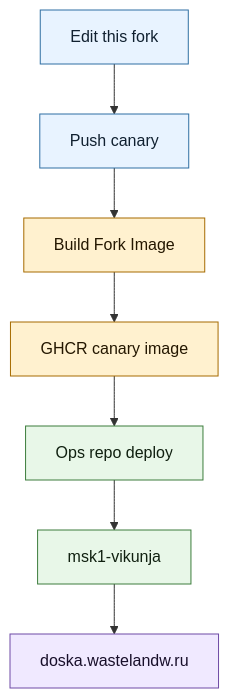
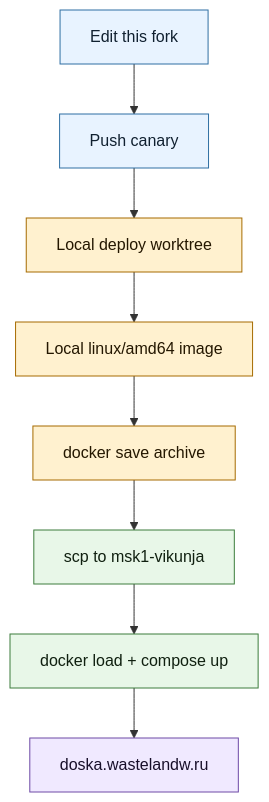
One commit to toeverything/AFFiNE changed the diagram in docs/fork-deploy.md. Above: the diagram before and after it, drawn with Mermaid. The commit also changed other lines of this file and 2 other files, not shown here.

Commit message:
fix: document local affine deploy

````diff
--- a/docs/fork-deploy.md
+++ b/docs/fork-deploy.md
@@ -11,19 +11,20 @@
 ```mermaid
 flowchart TD
     A[Edit this fork] --> B[Push canary]
-    B --> C[Build Fork Image]
-    C --> D[GHCR canary image]
-    D --> E[Ops repo deploy]
-    E --> F[msk1-vikunja]
-    F --> G[doska.wastelandw.ru]
+    B --> C[Local deploy worktree]
+    C --> D[Local linux/amd64 image]
+    D --> E[docker save archive]
+    E --> F[scp to msk1-vikunja]
+    F --> G[docker load + compose up]
+    G --> H[doska.wastelandw.ru]
 
     classDef source fill:#e8f3ff,stroke:#2f6fa3,color:#102030
     classDef ci fill:#fff1cf,stroke:#a66b00,color:#241700
     classDef runtime fill:#e8f7e8,stroke:#3c7d3c,color:#102010
     classDef result fill:#f0e9ff,stroke:#6e4aa6,color:#180f2a
 
     class A,B source
-    class C,D ci
-    class E,F runtime
-    class G result
+    class C,D,E ci
+    class F,G runtime
+    class H result
 ```
````
